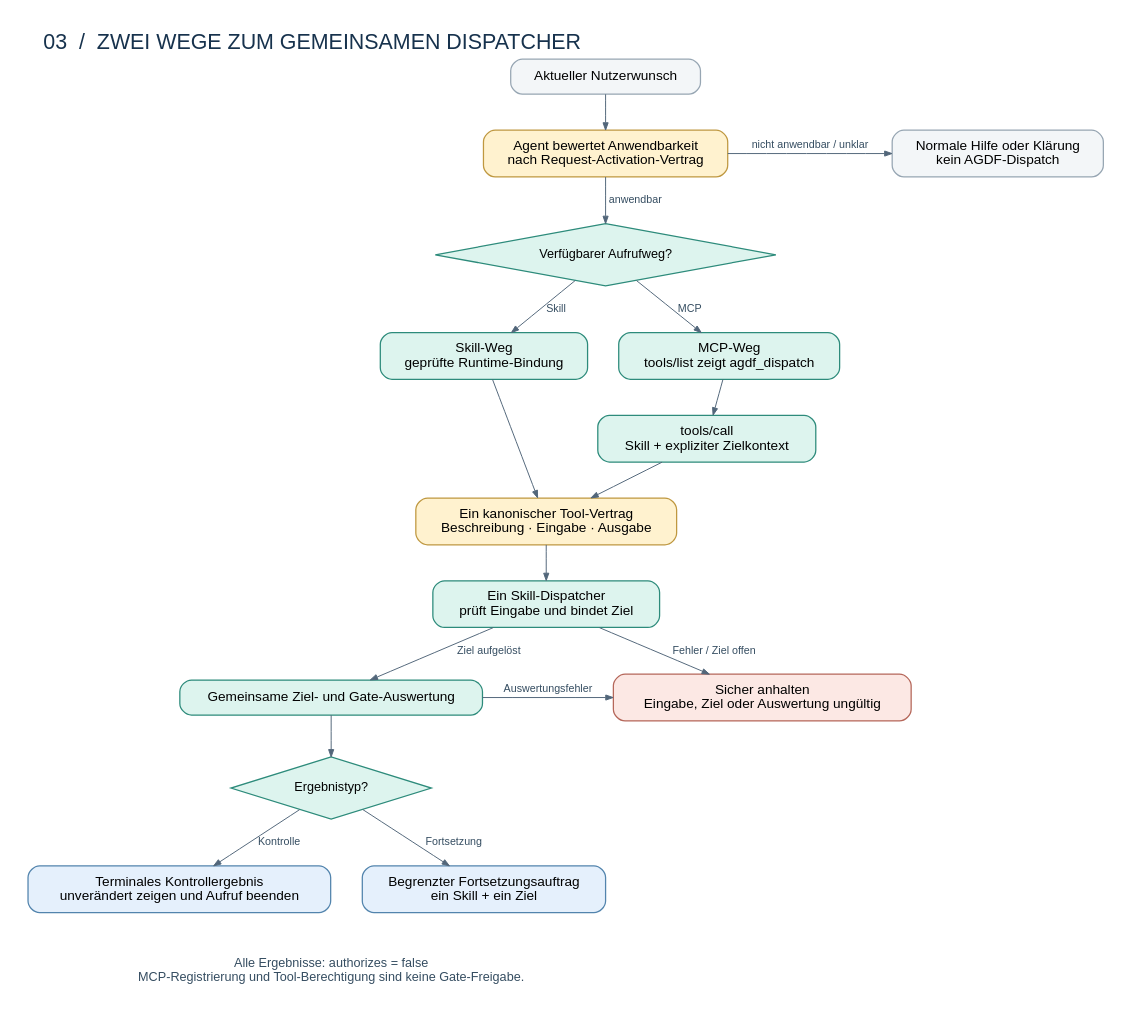
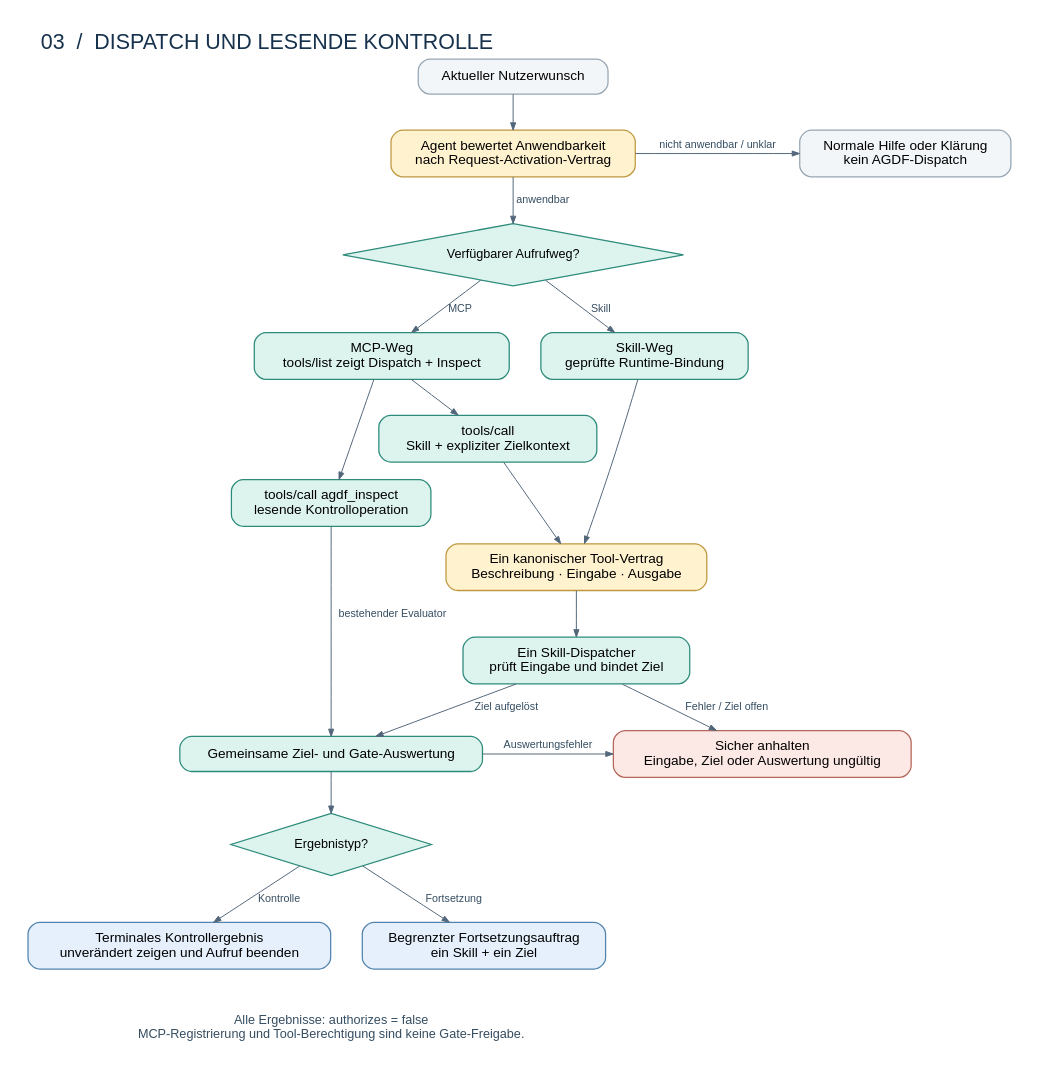
Before and after one commit to ArndtGold/ai-native-governance-delivery-framework: the diagram in docs/architecture/diagrams/03-dispatch.dot, drawn with Graphviz. The commit also changed 118 other files, not shown here.

```diff
--- a/docs/architecture/diagrams/03-dispatch.dot
+++ b/docs/architecture/diagrams/03-dispatch.dot
@@ -1,44 +1,47 @@
 digraph dispatch {
-  graph [rankdir=TB, bgcolor="white", pad=0.3, nodesep=0.45, ranksep=0.48, fontname="Helvetica", label="03  /  ZWEI WEGE ZUM GEMEINSAMEN DISPATCHER", labelloc=t, labeljust=l, fontsize=22, fontcolor="#17324D"];
+  graph [rankdir=TB, bgcolor="white", pad=0.3, nodesep=0.45, ranksep=0.48, fontname="Helvetica", label="03  /  DISPATCH UND LESENDE KONTROLLE", labelloc=t, labeljust=l, fontsize=22, fontcolor="#17324D"];
   node [shape=box, style="rounded,filled", color="#2D8B7B", fillcolor="#DDF4EE", fontname="Helvetica", fontsize=14, margin="0.19,0.12", penwidth=1.3];
   edge [color="#52667A", arrowsize=0.75, fontname="Helvetica", fontsize=11, fontcolor="#354D61"];
 
   request [label="Aktueller Nutzerwunsch", fillcolor="#F3F6F8", color="#97A6B3"];
   activation [label="Agent bewertet Anwendbarkeit\nnach Request-Activation-Vertrag", fillcolor="#FFF2CF", color="#BF9840"];
   normal [label="Normale Hilfe oder Klärung\nkein AGDF-Dispatch", fillcolor="#F3F6F8", color="#97A6B3"];
   route [label="Verfügbarer Aufrufweg?", shape=diamond, style=filled, fontsize=13, margin=0.12];
   skill [label="Skill-Weg\ngeprüfte Runtime-Bindung"];
-  list [label="MCP-Weg\ntools/list zeigt agdf_dispatch"];
+  list [label="MCP-Weg\ntools/list zeigt Dispatch + Inspect"];
   call [label="tools/call\nSkill + expliziter Zielkontext"];
+  inspect [label="tools/call agdf_inspect\nlesende Kontrolloperation"];
   contract [label="Ein kanonischer Tool-Vertrag\nBeschreibung · Eingabe · Ausgabe", fillcolor="#FFF2CF", color="#BF9840"];
   dispatcher [label="Ein Skill-Dispatcher\nprüft Eingabe und bindet Ziel"];
   evaluation [label="Gemeinsame Ziel- und Gate-Auswertung"];
   outcome [label="Ergebnistyp?", shape=diamond, style=filled, fontsize=13, margin=0.12];
   terminal [label="Terminales Kontrollergebnis\nunverändert zeigen und Aufruf beenden", fillcolor="#E5F0FC", color="#5284AD"];
   continuation [label="Begrenzter Fortsetzungsauftrag\nein Skill + ein Ziel", fillcolor="#E5F0FC", color="#5284AD"];
   recovery [label="Sicher anhalten\nEingabe, Ziel oder Auswertung ungültig", fillcolor="#FCE8E4", color="#B5675A"];
   note [label="Alle Ergebnisse: authorizes = false\nMCP-Registrierung und Tool-Berechtigung sind keine Gate-Freigabe.", shape=plaintext, fillcolor="white", fontcolor="#354D61", fontsize=13];
 
   request -> activation;
   activation -> normal [label="nicht anwendbar / unklar"];
   activation -> route [label="anwendbar"];
   route -> skill [label="Skill"];
   route -> list [label="MCP"];
   list -> call;
+  list -> inspect;
   skill -> contract;
   call -> contract;
+  inspect -> evaluation [label="bestehender Evaluator"];
   contract -> dispatcher;
   dispatcher -> recovery [label="Fehler / Ziel offen"];
   dispatcher -> evaluation [label="Ziel aufgelöst"];
   evaluation -> recovery [label="Auswertungsfehler"];
   evaluation -> outcome;
   outcome -> terminal [label="Kontrolle"];
   outcome -> continuation [label="Fortsetzung"];
   terminal -> note [style=invis];
   continuation -> note [style=invis];
 
   {rank=same; activation; normal;}
   {rank=same; skill; list;}
   {rank=same; evaluation; recovery;}
   {rank=same; terminal; continuation;}
 }
```
